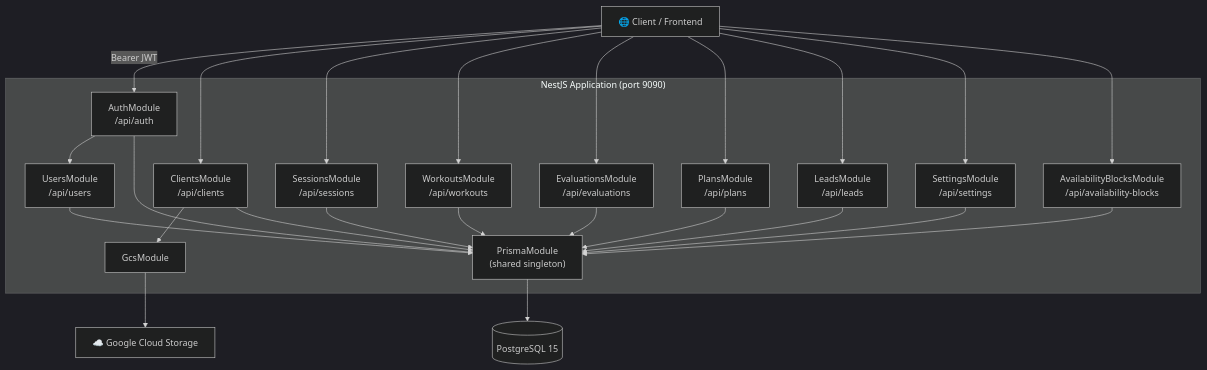
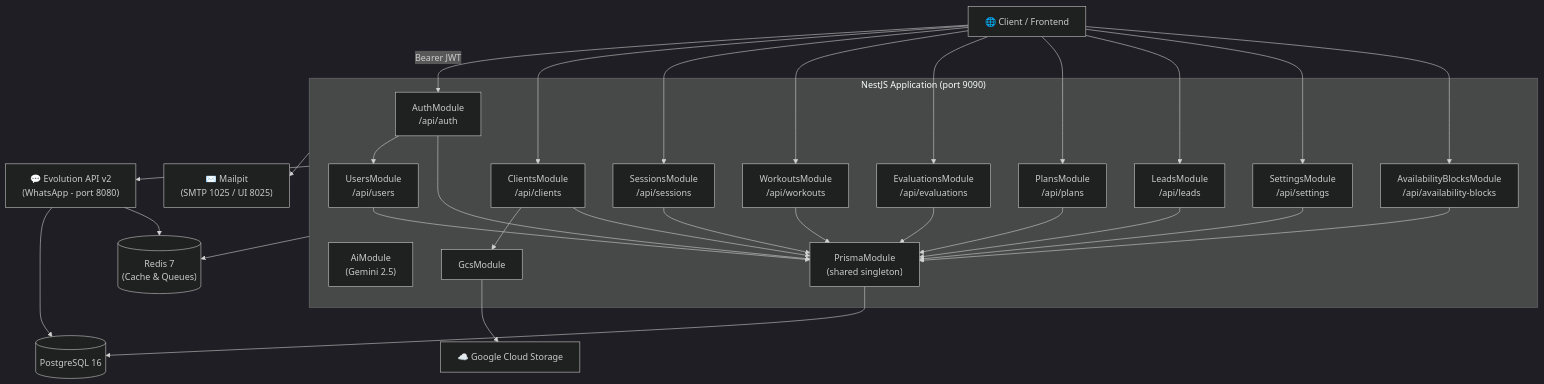
Before and after one commit to gsilveira1/app-personal-manager-api: the diagram in README.md, drawn with Mermaid (dark theme). The commit also changed other lines of this file and 48 other files, not shown here.

````diff
--- a/README.md
+++ b/README.md
@@ -27,49 +31,58 @@
 ```mermaid
 graph TD
     Client["🌐 Client / Frontend"]
 
     subgraph NestJS["NestJS Application (port 9090)"]
         Auth["AuthModule\n/api/auth"]
         Users["UsersModule\n/api/users"]
         Clients["ClientsModule\n/api/clients"]
         Sessions["SessionsModule\n/api/sessions"]
         Workouts["WorkoutsModule\n/api/workouts"]
         Evaluations["EvaluationsModule\n/api/evaluations"]
         Plans["PlansModule\n/api/plans"]
         Leads["LeadsModule\n/api/leads"]
         Settings["SettingsModule\n/api/settings"]
         Availability["AvailabilityBlocksModule\n/api/availability-blocks"]
+        AiMod["AiModule\n(Gemini 2.5)"]
         GCS["GcsModule"]
         Prisma["PrismaModule\n(shared singleton)"]
     end
 
-    DB[("PostgreSQL 15")]
+    DB[("PostgreSQL 16")]
+    RedisCache[("Redis 7\n(Cache & Queues)")]
+    Evolution["💬 Evolution API v2\n(WhatsApp - port 8080)"]
+    MailpitSvc["✉️ Mailpit\n(SMTP 1025 / UI 8025)"]
     Storage["☁️ Google Cloud Storage"]
 
     Client -->|"Bearer JWT"| Auth
     Client --> Clients
     Client --> Sessions
     Client --> Workouts
     Client --> Evaluations
     Client --> Plans
     Client --> Leads
     Client --> Settings
     Client --> Availability
 
     Auth --> Users
     Clients --> GCS
     GCS --> Storage
 
     Auth --> Prisma
     Users --> Prisma
     Clients --> Prisma
     Sessions --> Prisma
     Workouts --> Prisma
     Evaluations --> Prisma
     Plans --> Prisma
     Leads --> Prisma
     Settings --> Prisma
     Availability --> Prisma
 
     Prisma --> DB
+    Evolution --> DB
+    Evolution --> RedisCache
+    NestJS --> Evolution
+    NestJS --> MailpitSvc
+    NestJS --> RedisCache
 ```
````
